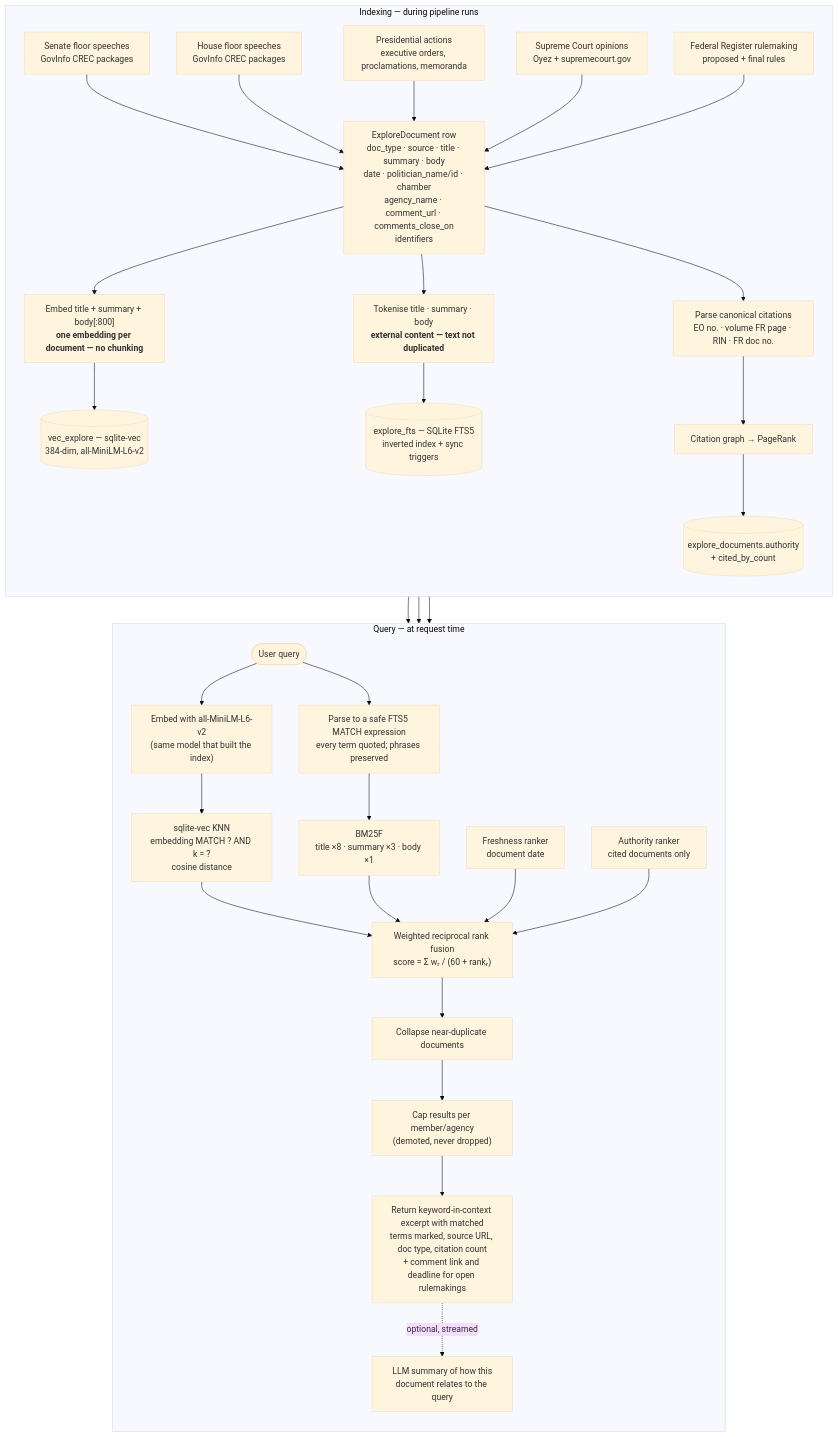
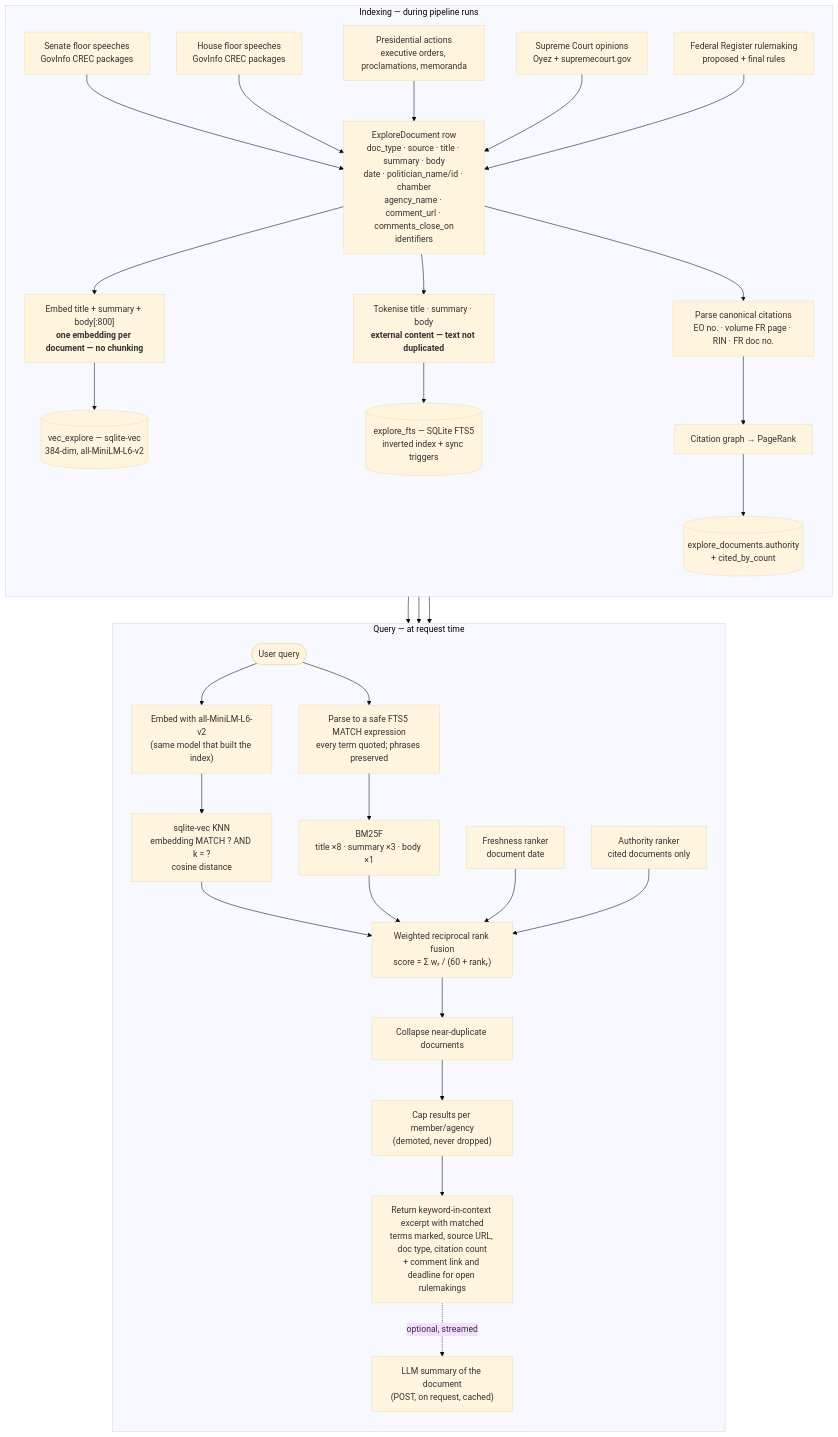
One commit to kamoras/civitas changed the diagram in docs/diagrams/09-explore-search.md. Above: the diagram before and after it, drawn with Mermaid (base theme). The commit also changed 6 other files, not shown here.

First line of the commit message:
docs: diagrams 01/02/05/07/09 match the current pipeline chain, lock, fingerprint and tables

````diff
--- a/docs/diagrams/09-explore-search.md
+++ b/docs/diagrams/09-explore-search.md
@@ -9,53 +9,53 @@
 ```mermaid
 flowchart TB
     subgraph INDEX["Indexing — during pipeline runs"]
         direction TB
         S1["Senate floor speeches<br/>GovInfo CREC packages"]
         S2["House floor speeches<br/>GovInfo CREC packages"]
         S3["Presidential actions<br/>executive orders, proclamations, memoranda"]
         S4["Supreme Court opinions<br/>Oyez + supremecourt.gov"]
         S5["Federal Register rulemaking<br/>proposed + final rules"]
 
         S1 --> DOC
         S2 --> DOC
         S3 --> DOC
         S4 --> DOC
         S5 --> DOC
 
         DOC["ExploreDocument row<br/>doc_type · source · title · summary · body<br/>date · politician_name/id · chamber<br/>agency_name · comment_url · comments_close_on<br/>identifiers"]
 
         DOC --> EMB["Embed title + summary + body[:800]<br/><b>one embedding per document — no chunking</b>"]
         DOC --> FTS["Tokenise title · summary · body<br/><b>external content — text not duplicated</b>"]
         DOC --> CITE["Parse canonical citations<br/>EO no. · volume FR page · RIN · FR doc no."]
 
         EMB --> UPSERT[("vec_explore — sqlite-vec<br/>384-dim, all-MiniLM-L6-v2")]
         FTS --> FTSIDX[("explore_fts — SQLite FTS5<br/>inverted index + sync triggers")]
         CITE --> GRAPH["Citation graph → PageRank"]
         GRAPH --> AUTH[("explore_documents.authority<br/>+ cited_by_count")]
     end
 
     subgraph QUERY["Query — at request time"]
         direction TB
         Q(["User query"])
         Q --> QEMB["Embed with all-MiniLM-L6-v2<br/>(same model that built the index)"]
         Q --> QPARSE["Parse to a safe FTS5 MATCH expression<br/>every term quoted; phrases preserved"]
 
         QEMB --> ANN["sqlite-vec KNN<br/>embedding MATCH ? AND k = ?<br/>cosine distance"]
         QPARSE --> BM25["BM25F<br/>title ×8 · summary ×3 · body ×1"]
 
         ANN --> FUSE
         BM25 --> FUSE
         FRESH["Freshness ranker<br/>document date"] --> FUSE
         AUTHR["Authority ranker<br/>cited documents only"] --> FUSE
 
         FUSE["Weighted reciprocal rank fusion<br/>score = Σ wᵣ / (60 + rankᵣ)"]
         FUSE --> DEDUP["Collapse near-duplicate documents"]
         DEDUP --> DIV["Cap results per member/agency<br/>(demoted, never dropped)"]
         DIV --> OUT["Return keyword-in-context excerpt with matched<br/>terms marked, source URL, doc type, citation count<br/>+ comment link and deadline for open rulemakings"]
-        OUT -.->|"optional, streamed"| SUM["LLM summary of how this<br/>document relates to the query"]
+        OUT -.->|"optional, streamed"| SUM["LLM summary of the document<br/>(POST, on request, cached)"]
     end
 
     UPSERT --> ANN
     FTSIDX --> BM25
     AUTH --> AUTHR
 ```
````
